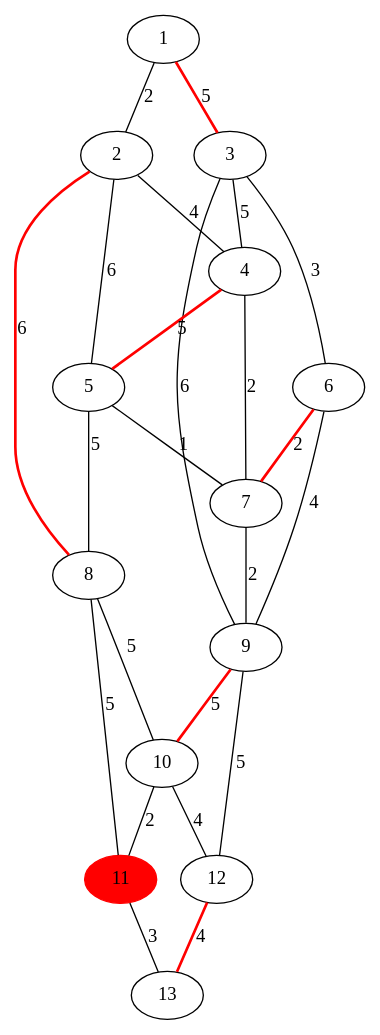
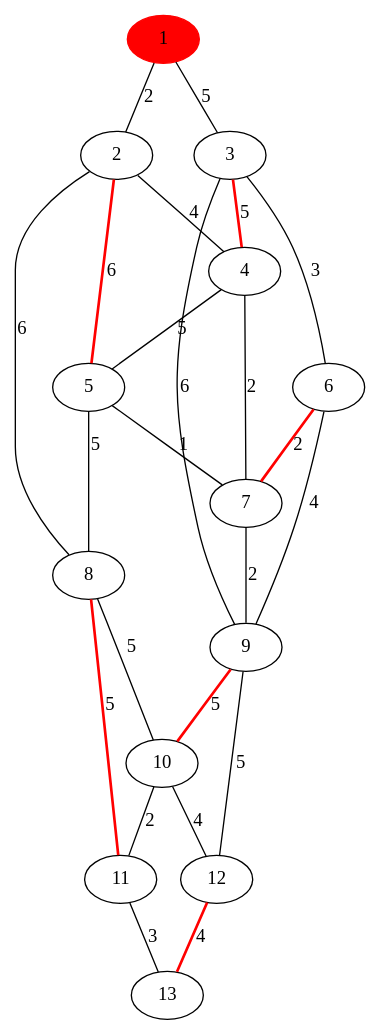
Before and after one commit to ciaranRoche/GLPK-network-theory: the diagram in maximal-matching-problem/graph.gv, drawn with Graphviz. The commit also changed 1 other file, not shown here.

```diff
--- a/maximal-matching-problem/graph.gv
+++ b/maximal-matching-problem/graph.gv
@@ -1,26 +1,26 @@
 graph {
-1; 2; 3; 4; 5; 6; 7; 8; 9; 10; 11[style="filled",color="red"]; 12; 13; 
+1[style="filled",color="red"]; 2; 3; 4; 5; 6; 7; 8; 9; 10; 11; 12; 13; 
    1 --   2 [len="2",label="2"];
-   1 --   3 [len="5",label="5", style="bold", color="red"];
+   1 --   3 [len="5",label="5"];
    2 --   4 [len="4",label="4"];
-   2 --   5 [len="6",label="6"];
-   2 --   8 [len="6",label="6", style="bold", color="red"];
-   3 --   4 [len="5",label="5"];
+   2 --   5 [len="6",label="6", style="bold", color="red"];
+   2 --   8 [len="6",label="6"];
+   3 --   4 [len="5",label="5", style="bold", color="red"];
    3 --   6 [len="3",label="3"];
    3 --   9 [len="6",label="6"];
-   4 --   5 [len="5",label="5", style="bold", color="red"];
+   4 --   5 [len="5",label="5"];
    4 --   7 [len="2",label="2"];
+   5 --   8 [len="5",label="5"];
    5 --   7 [len="1",label="1"];
-   5 --   8 [len="5",label="5"];
+   6 --   7 [len="2",label="2", style="bold", color="red"];
    6 --   9 [len="4",label="4"];
-   6 --   7 [len="2",label="2", style="bold", color="red"];
    7 --   9 [len="2",label="2"];
    8 --  10 [len="5",label="5"];
-   8 --  11 [len="5",label="5"];
+   8 --  11 [len="5",label="5", style="bold", color="red"];
+   9 --  10 [len="5",label="5", style="bold", color="red"];
    9 --  12 [len="5",label="5"];
-   9 --  10 [len="5",label="5", style="bold", color="red"];
+  10 --  11 [len="2",label="2"];
   10 --  12 [len="4",label="4"];
-  10 --  11 [len="2",label="2"];
   11 --  13 [len="3",label="3"];
   12 --  13 [len="4",label="4", style="bold", color="red"];
 }
```
